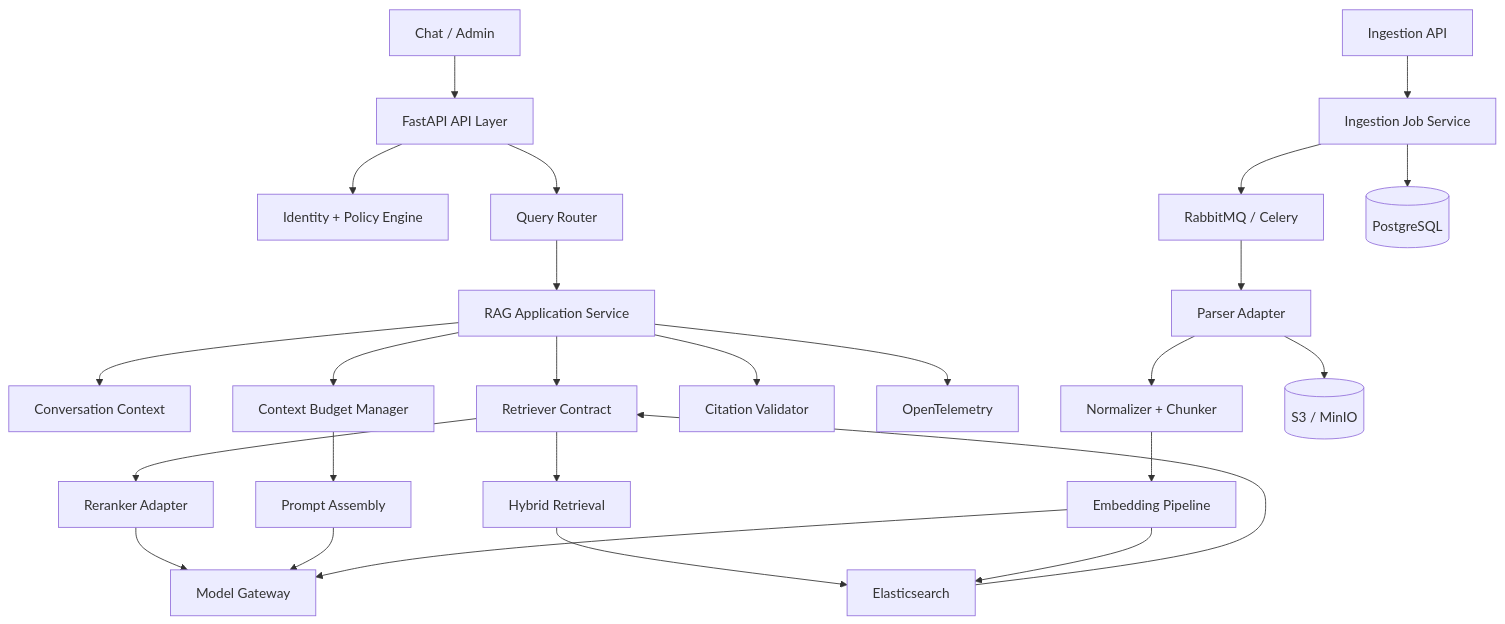
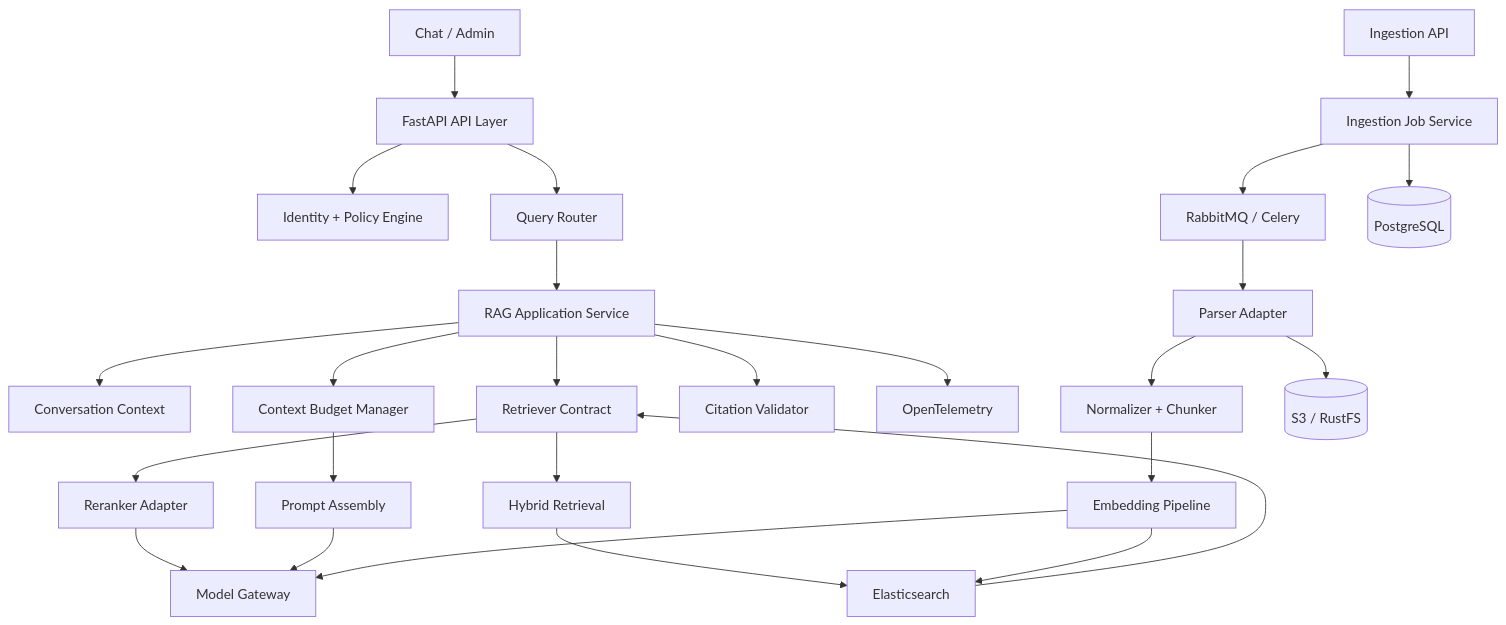
One commit to auralstorm/RAG changed the first of 3 diagrams in docs/plan/V1.0-MVP/01-rag-engine-detailed-design.md. Above: the diagram before and after it, drawn with Mermaid. The commit also changed other lines of this file and 30 other files, not shown here.

First line of the commit message:
feat(infra): 用 RustFS 替换 MinIO 并保留源卷回退

````diff
--- a/docs/plan/V1.0-MVP/01-rag-engine-detailed-design.md
+++ b/docs/plan/V1.0-MVP/01-rag-engine-detailed-design.md
@@ -50,28 +50,28 @@
 ```mermaid
 flowchart TB
   UI[Chat / Admin] --> API[FastAPI API Layer]
   API --> IAM[Identity + Policy Engine]
   API --> QR[Query Router]
   QR --> RAG[RAG Application Service]
   RAG --> CTX[Conversation Context]
   RAG --> RET[Retriever Contract]
   RET --> HYB[Hybrid Retrieval]
   HYB --> ES[Elasticsearch]
   RET --> RR[Reranker Adapter]
   RR --> MG[Model Gateway]
   RAG --> TB[Context Budget Manager]
   TB --> PROMPT[Prompt Assembly]
   PROMPT --> MG
   RAG --> CIT[Citation Validator]
   RAG --> OTel[OpenTelemetry]
   ING[Ingestion API] --> JOB[Ingestion Job Service]
   JOB --> MQ[RabbitMQ / Celery]
   MQ --> PARSER[Parser Adapter]
   PARSER --> CHUNK[Normalizer + Chunker]
   CHUNK --> EMB[Embedding Pipeline]
   EMB --> MG
   EMB --> ES
   JOB --> PG[(PostgreSQL)]
-  PARSER --> OBJ[(S3 / MinIO)]
+  PARSER --> OBJ[(S3 / RustFS)]
   ES --> RET
 ```
````
